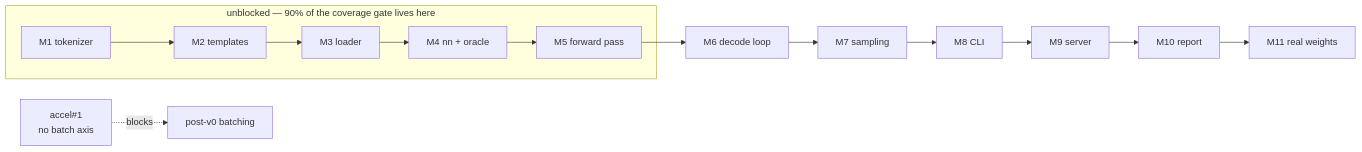
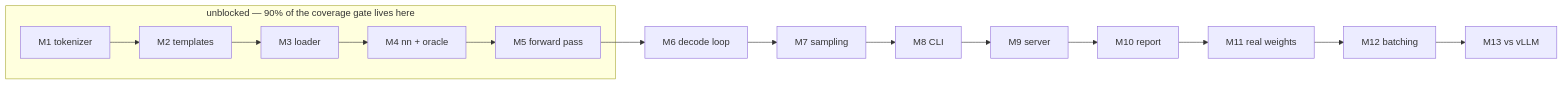
The diagram in specs/011-sequencing.md (latere-ai/tgo), drawn with Mermaid before and after one commit. The commit also changed other lines of this file and 9 other files, not shown here.

First line of the commit message:
specs,docs: batching unblocks, the casts are gone, and faster-than-vLLM is the stated goal

````diff
--- a/specs/011-sequencing.md
+++ b/specs/011-sequencing.md
@@ -48,11 +50,11 @@
 ```mermaid
 flowchart LR
   subgraph free["unblocked — 90% of the coverage gate lives here"]
     M1["M1 tokenizer"] --> M2["M2 templates"] --> M3["M3 loader"]
     M3 --> M4["M4 nn + oracle"] --> M5["M5 forward pass"]
   end
   M5 --> M6["M6 decode loop"]
   M6 --> M7["M7 sampling"] --> M8["M8 CLI"] --> M9["M9 server"]
   M9 --> M10["M10 report"] --> M11["M11 real weights"]
-  C1["accel#1<br/>no batch axis"] -.blocks.-> M12["post-v0 batching"]
+  M11 --> M12["M12 batching"] --> M13["M13 vs vLLM"]
 ```
````
